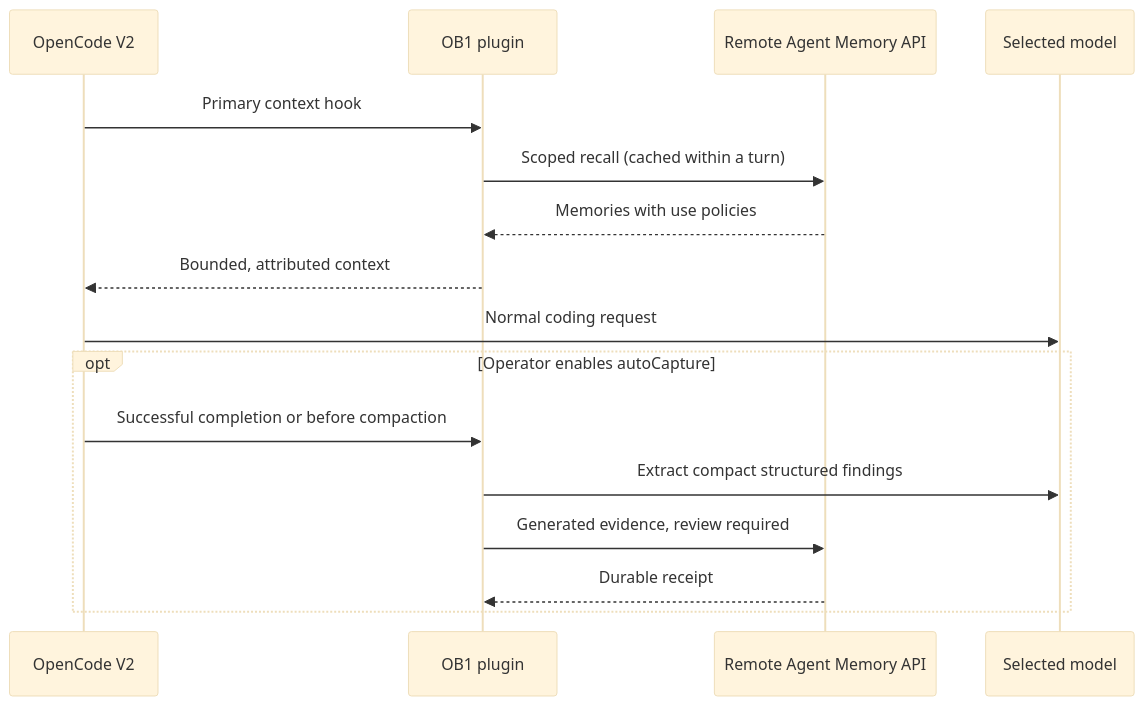
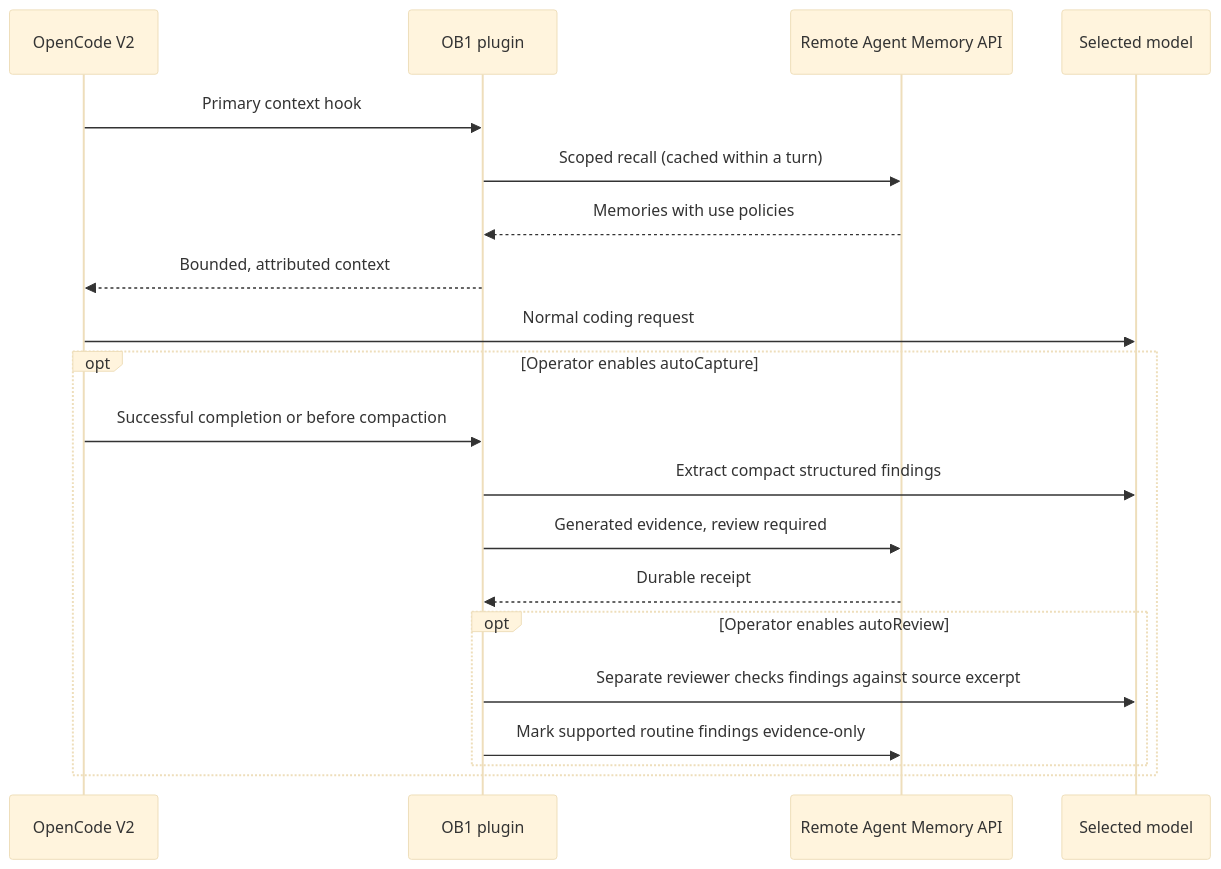
The diagram in integrations/opencode-agent-memory/README.md (NateBJones-Projects/OB1), drawn with Mermaid (base theme) before and after one commit. The commit also changed other lines of this file and 7 other files, not shown here.

Commit message:
feat: add opt-in evidence review with an explicit reviewer model

````diff
--- a/integrations/opencode-agent-memory/README.md
+++ b/integrations/opencode-agent-memory/README.md
@@ -3,18 +3,22 @@
 ```mermaid
 sequenceDiagram
     participant OC as OpenCode V2
     participant Plugin as OB1 plugin
     participant API as Remote Agent Memory API
     participant Model as Selected model
     OC->>Plugin: Primary context hook
     Plugin->>API: Scoped recall (cached within a turn)
     API-->>Plugin: Memories with use policies
     Plugin-->>OC: Bounded, attributed context
     OC->>Model: Normal coding request
     opt Operator enables autoCapture
         OC->>Plugin: Successful completion or before compaction
         Plugin->>Model: Extract compact structured findings
         Plugin->>API: Generated evidence, review required
         API-->>Plugin: Durable receipt
+        opt Operator enables autoReview
+            Plugin->>Model: Separate reviewer checks findings against source excerpt
+            Plugin->>API: Mark supported routine findings evidence-only
+        end
     end
 ```
````
